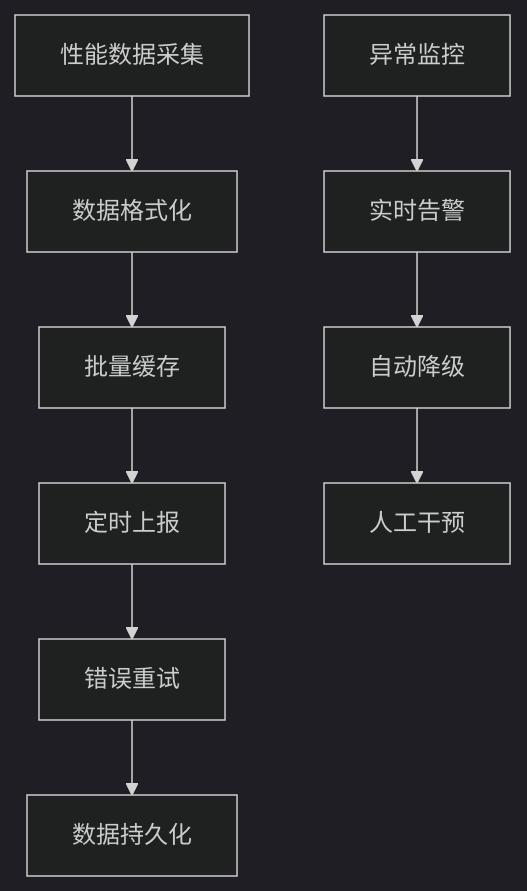
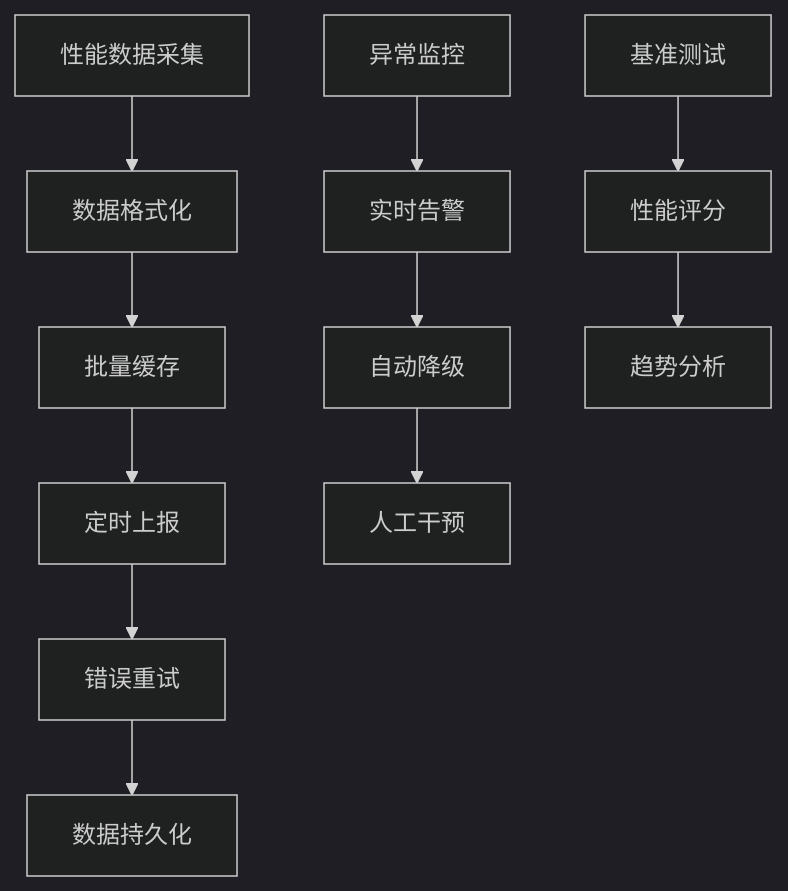
One commit to zhangxin19911211-creator/Project_BabyAssistant changed the third of 14 diagrams in .qoder/repowiki/zh/content/性能优化/性能监控方案.md. Above: the diagram before and after it, drawn with Mermaid (dark theme). The commit also changed other lines of this file and 24 other files, not shown here.

````diff
--- a/.qoder/repowiki/zh/content/性能优化/性能监控方案.md
+++ b/.qoder/repowiki/zh/content/性能优化/性能监控方案.md
@@ -132,11 +152,13 @@
 ```mermaid
 flowchart TD
 A[性能数据采集] --> B[数据格式化]
 B --> C[批量缓存]
 C --> D[定时上报]
 D --> E[错误重试]
 E --> F[数据持久化]
 G[异常监控] --> H[实时告警]
 H --> I[自动降级]
 I --> J[人工干预]
+K[基准测试] --> L[性能评分]
+L --> M[趋势分析]
 ```
````
